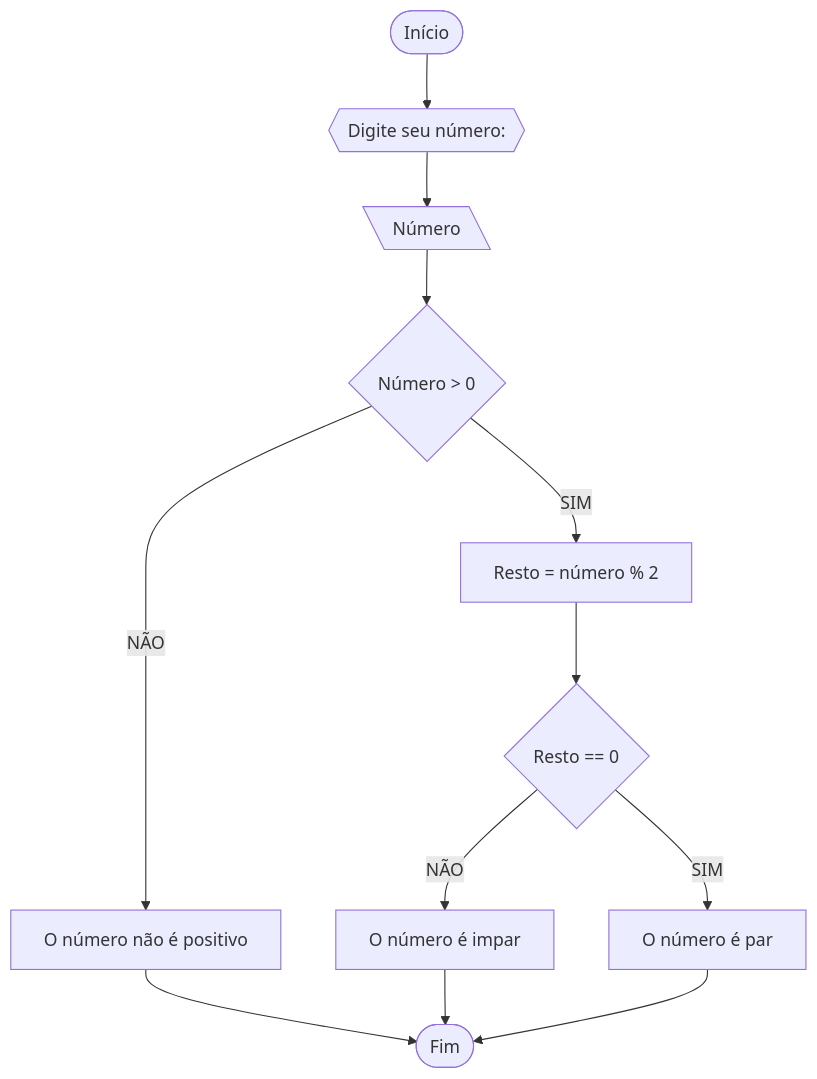
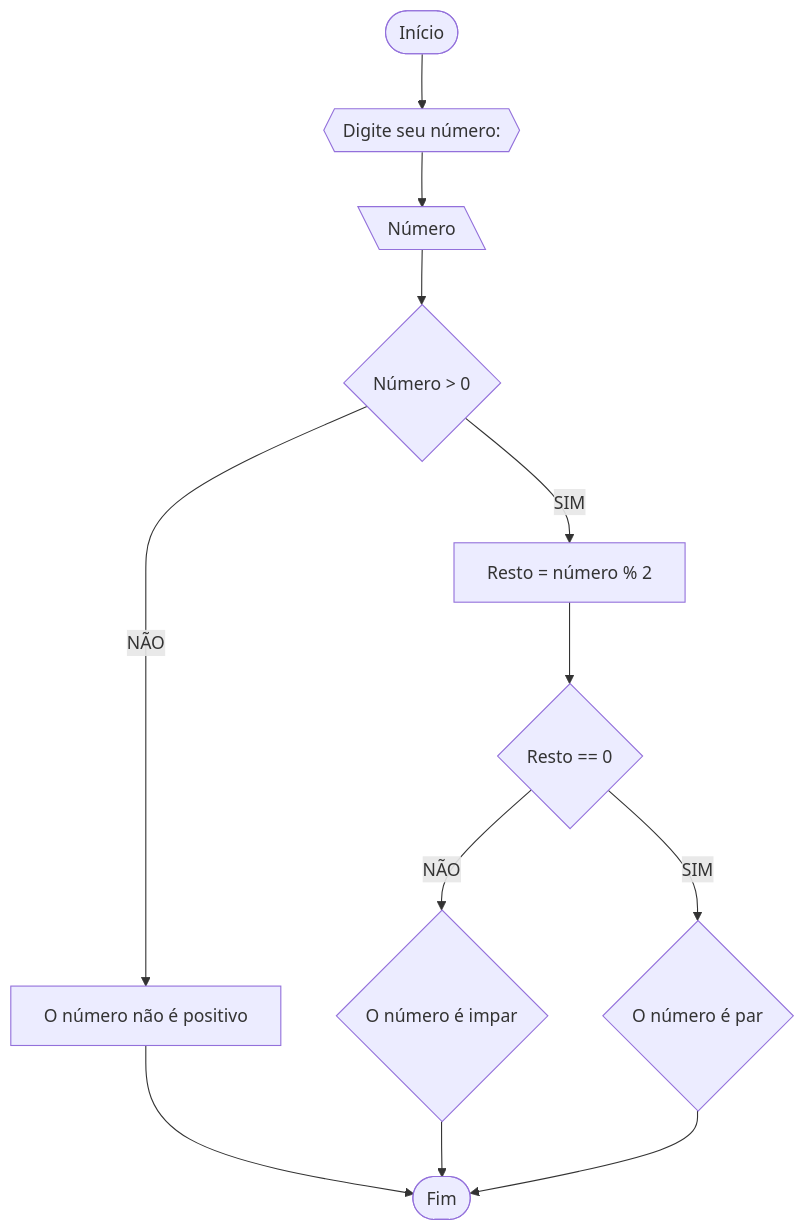
The third of 4 diagrams in RLA/lista_exercicio.md (Jandih/Unifor), drawn with Mermaid before and after one commit.

`````diff
--- a/RLA/lista_exercicio.md
+++ b/RLA/lista_exercicio.md
@@ -64,14 +64,14 @@
 ````mermaid
 flowchart TD
 A([Início]) --> B{{Digite seu número:}}
 B --> C[\Número\]
 C --> D{Número > 0}
 D --NÃO--> E[O número não é positivo]
 D --SIM--> F[Resto = número % 2]
 E --> Z([Fim])
 F --> G{Resto == 0}
-G --NÃO--> H[O número é impar]
-G --SIM--> I[O número é par]
+G --NÃO--> H{O número é impar}
+G --SIM--> I{O número é par}
 H --> Z
 I --> Z
 ````
`````
